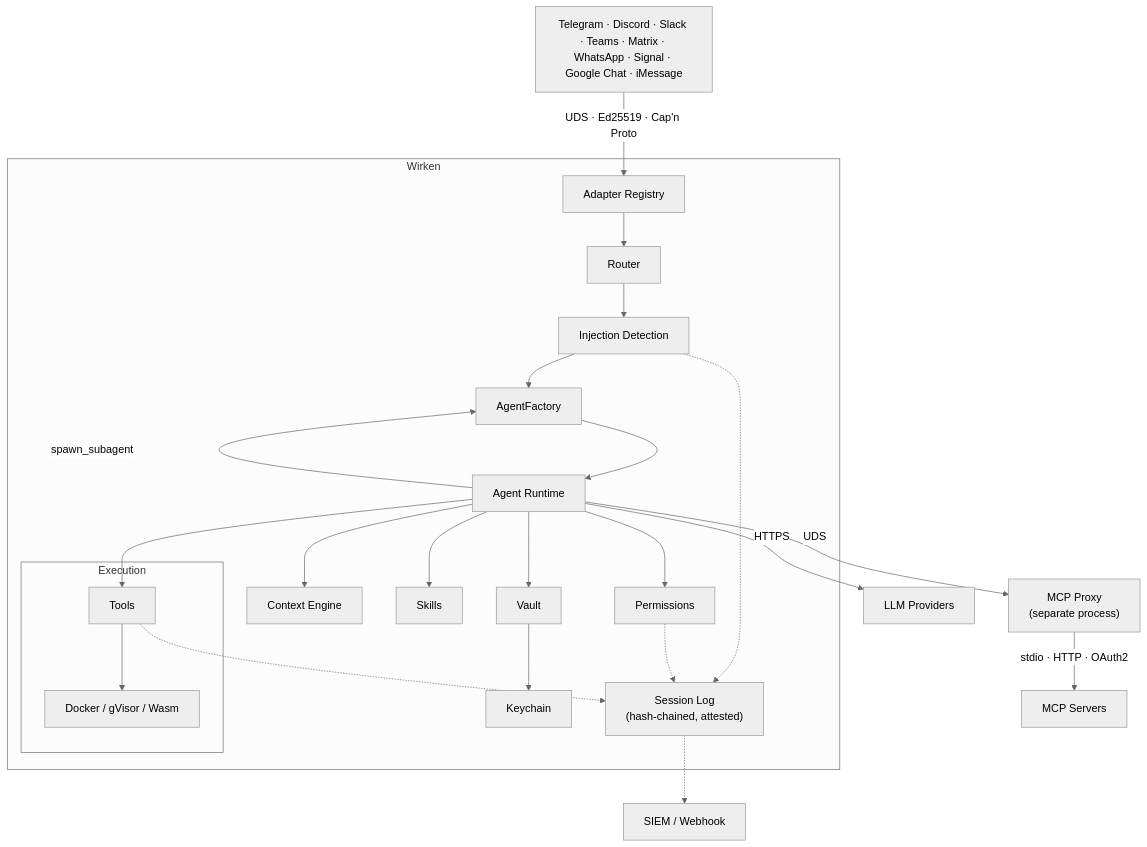
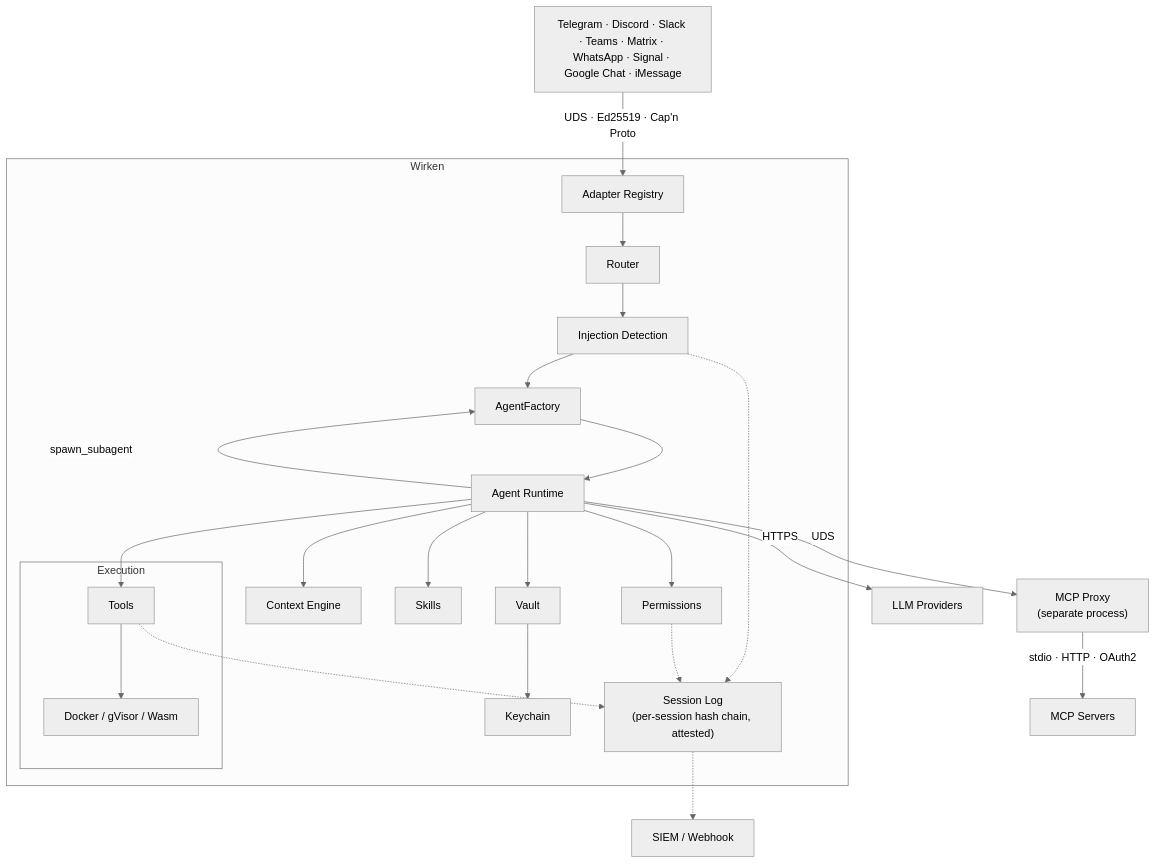
The diagram in README.md (gebruder/wirken), drawn with Mermaid (neutral theme) before and after one commit. The commit also changed other lines of this file and 13 other files, not shown here.

````diff
--- a/README.md
+++ b/README.md
@@ -78,34 +80,34 @@
 ```mermaid
 graph TD
     Channels["Telegram · Discord · Slack · Teams · Matrix · WhatsApp · Signal · Google Chat · iMessage"]
     Channels -- "UDS · Ed25519 · Cap'n Proto" --> Registry
 
     subgraph Gateway["Wirken"]
         Registry[Adapter Registry] --> Router
         Router --> Detect[Injection Detection]
         Detect --> Factory[AgentFactory]
         Factory --> Agent[Agent Runtime]
         Agent --> Context[Context Engine]
         Agent --> Permissions
         Agent --> Skills
         Agent --> Tools
         Agent --> Vault --> Keychain
 
         subgraph Execution
             Tools --> Sandbox[Docker / gVisor / Wasm]
         end
 
-        SessionLog["Session Log\n(hash-chained, attested)"]
+        SessionLog["Session Log\n(per-session hash chain, attested)"]
     end
 
     Agent -- "UDS" --> McpProxy["MCP Proxy\n(separate process)"]
     McpProxy -- "stdio · HTTP · OAuth2" --> McpServers[MCP Servers]
 
     Agent -- HTTPS --> LLM[LLM Providers]
     Agent -- "spawn_subagent" --> Factory
 
     Detect -.-> SessionLog
     Permissions -.-> SessionLog
     Tools -.-> SessionLog
     SessionLog -.-> SIEM[SIEM / Webhook]
 ```
````
